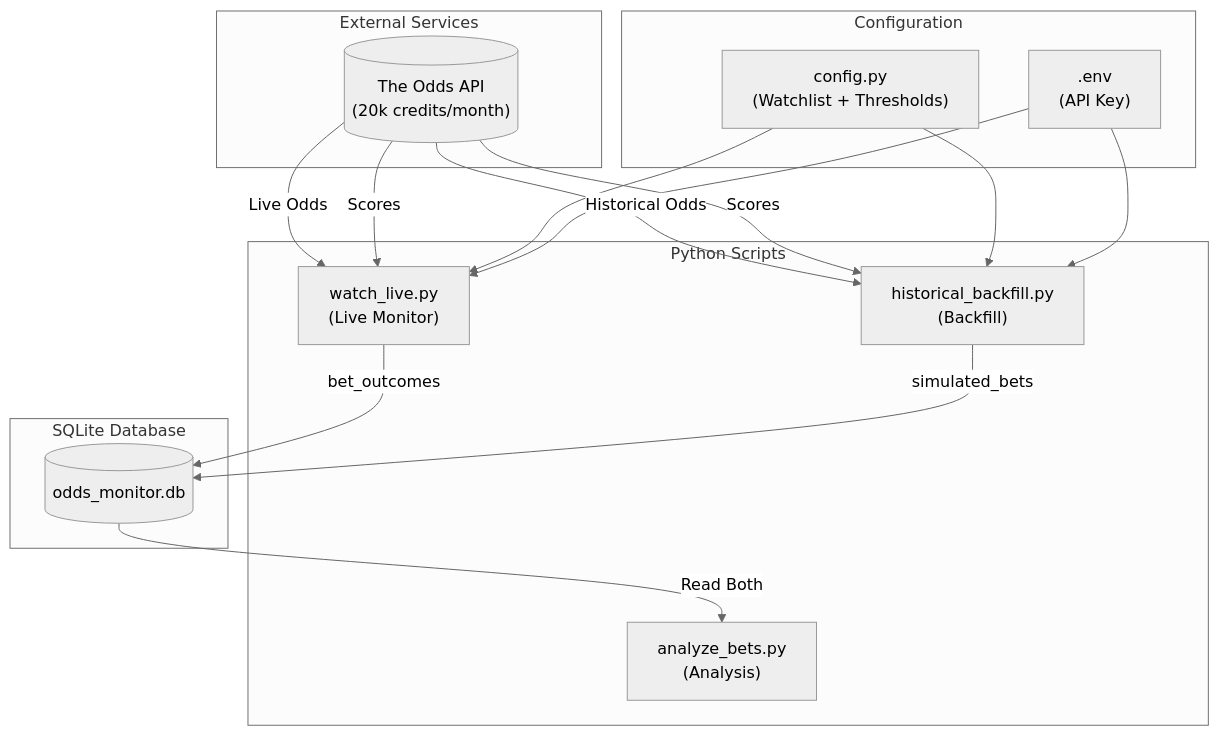
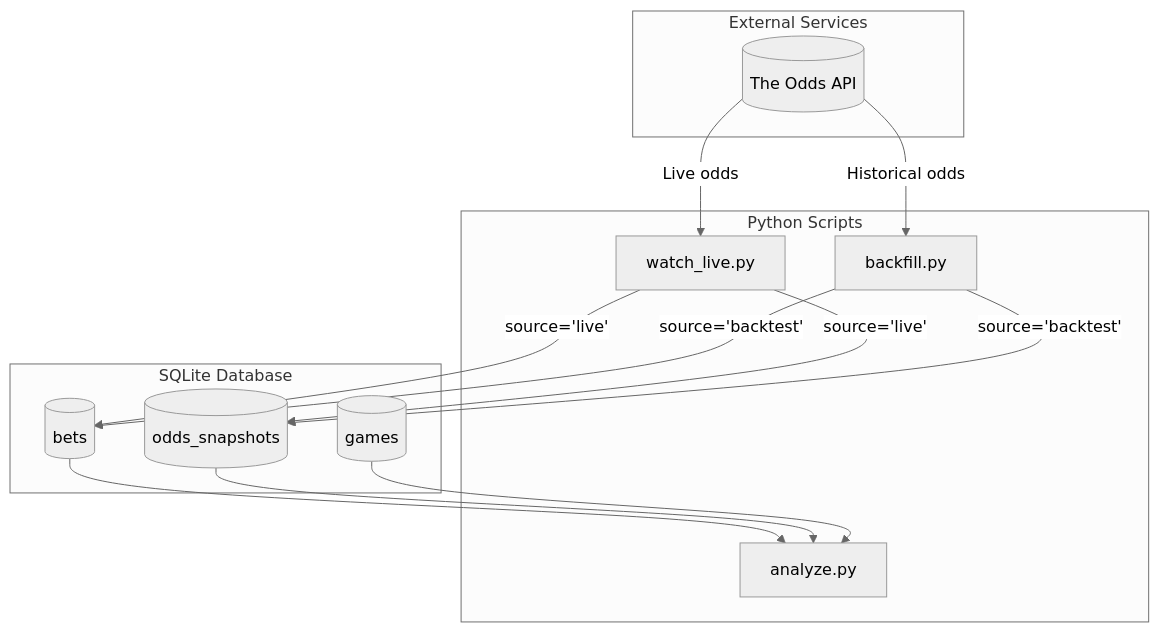
One commit to jordangalexander/live-odds-monitor changed the first of 3 diagrams in docs/database/data-flow.md. Above: the diagram before and after it, drawn with Mermaid (neutral theme). The commit also changed other lines of this file and 8 other files, not shown here.

````diff
--- a/docs/database/data-flow.md
+++ b/docs/database/data-flow.md
@@ -5,36 +5,30 @@
 ```mermaid
 flowchart TB
     subgraph External["External Services"]
-        API[("The Odds API\n(20k credits/month)")]
+        API[("The Odds API")]
     end
 
     subgraph Scripts["Python Scripts"]
-        WL["watch_live.py\n(Live Monitor)"]
-        HB["historical_backfill.py\n(Backfill)"]
-        AB["analyze_bets.py\n(Analysis)"]
+        WL["watch_live.py"]
+        BF["backfill.py"]
+        AN["analyze.py"]
     end
 
     subgraph Database["SQLite Database"]
-        DB[(odds_monitor.db)]
+        ODDS[(odds_snapshots)]
+        BETS[(bets)]
+        GAMES[(games)]
     end
 
-    subgraph Config["Configuration"]
-        CFG["config.py\n(Watchlist + Thresholds)"]
-        ENV[".env\n(API Key)"]
-    end
-
-    API -->|Live Odds| WL
-    API -->|Historical Odds| HB
-    API -->|Scores| WL
-    API -->|Scores| HB
-
-    WL -->|bet_outcomes| DB
-    HB -->|simulated_bets| DB
+    API -->|"Live odds"| WL
+    API -->|"Historical odds"| BF
     
-    DB -->|Read Both| AB
+    WL -->|"source='live'"| ODDS
+    WL -->|"source='live'"| BETS
+    BF -->|"source='backtest'"| ODDS
+    BF -->|"source='backtest'"| BETS
     
-    CFG --> WL
-    CFG --> HB
-    ENV --> WL
-    ENV --> HB
+    BETS --> AN
+    ODDS --> AN
+    GAMES --> AN
 ```
````
